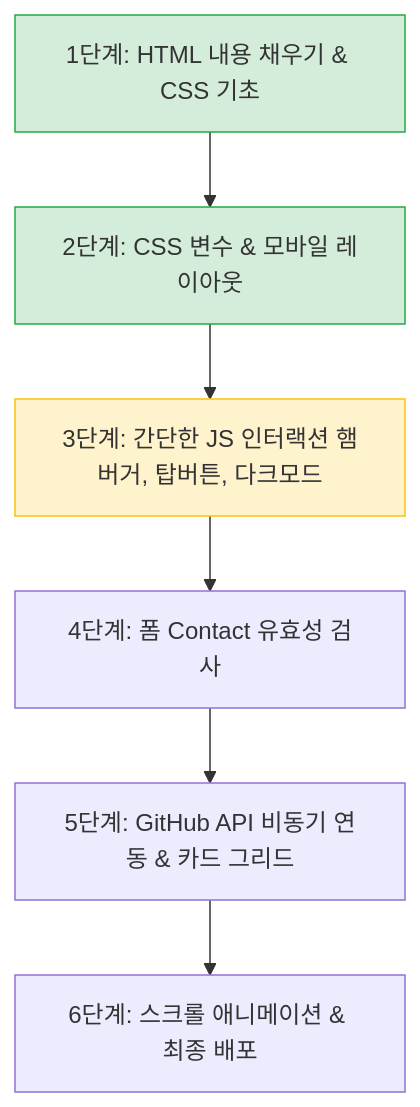
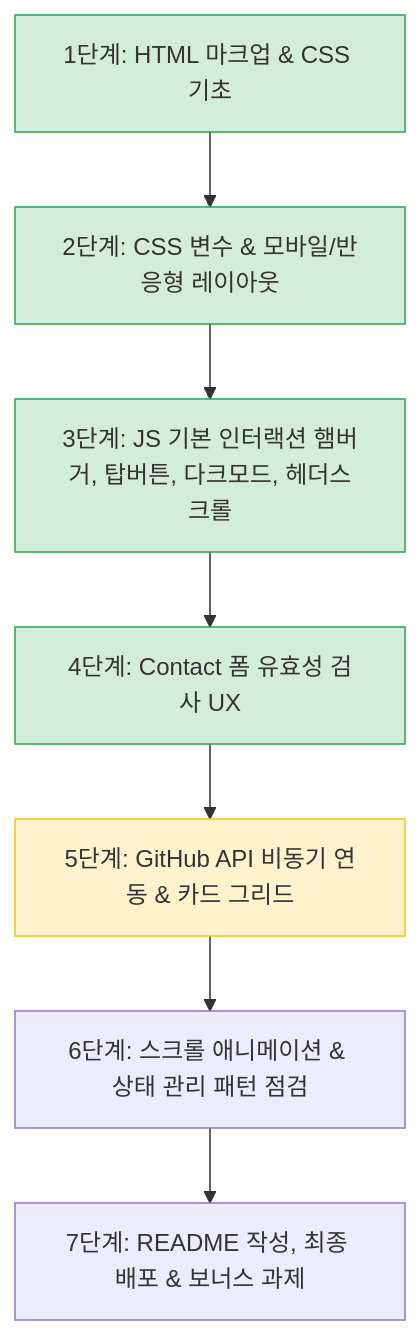
Before and after one commit to HOT8OY/Codyssey-B1-1: the diagram in etc/checklist.md, drawn with Mermaid. The commit also changed other lines of this file and 4 other files, not shown here.

````diff
--- a/etc/checklist.md
+++ b/etc/checklist.md
@@ -68,12 +115,15 @@
 ```mermaid
 graph TD
-    Step1[1단계: HTML 내용 채우기 & CSS 기초] --> Step2[2단계: CSS 변수 & 모바일 레이아웃]
-    Step2 --> Step3[3단계: 간단한 JS 인터랙션 햄버거, 탑버튼, 다크모드]
-    Step3 --> Step4[4단계: 폼 Contact 유효성 검사]
+    Step1[1단계: HTML 마크업 & CSS 기초] --> Step2[2단계: CSS 변수 & 모바일/반응형 레이아웃]
+    Step2 --> Step3[3단계: JS 기본 인터랙션 햄버거, 탑버튼, 다크모드, 헤더스크롤]
+    Step3 --> Step4[4단계: Contact 폼 유효성 검사 UX]
     Step4 --> Step5[5단계: GitHub API 비동기 연동 & 카드 그리드]
-    Step5 --> Step6[6단계: 스크롤 애니메이션 & 최종 배포]
+    Step5 --> Step6[6단계: 스크롤 애니메이션 & 상태 관리 패턴 점검]
+    Step6 --> Step7[7단계: README 작성, 최종 배포 & 보너스 과제]
 
     style Step1 fill:#d4edda,stroke:#28a745
     style Step2 fill:#d4edda,stroke:#28a745
-    style Step3 fill:#fff3cd,stroke:#ffc107
+    style Step3 fill:#d4edda,stroke:#28a745
+    style Step4 fill:#d4edda,stroke:#28a745
+    style Step5 fill:#fff3cd,stroke:#ffc107
 ```
````
